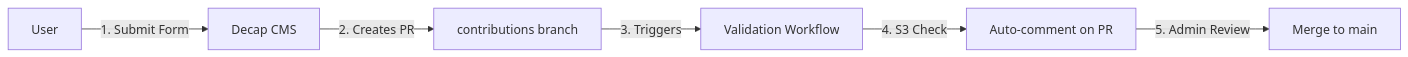
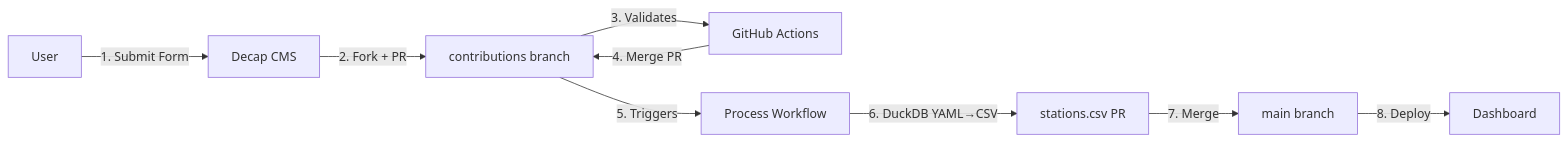
Before and after one commit to walkthru-earth/opensensor-space: the first of 3 diagrams in CONTRIBUTING.md, drawn with Mermaid. The commit also changed other lines of this file, not shown here.

First line of the commit message:
docs: update CONTRIBUTING.md with complete workflow diagrams

````diff
--- a/CONTRIBUTING.md
+++ b/CONTRIBUTING.md
@@ -12,8 +12,11 @@
 ```mermaid
 flowchart LR
     A[User] -->|1. Submit Form| B[Decap CMS]
-    B -->|2. Creates PR| C[contributions branch]
-    C -->|3. Triggers| D[Validation Workflow]
-    D -->|4. S3 Check| E[Auto-comment on PR]
-    E -->|5. Admin Review| F[Merge to main]
+    B -->|2. Fork + PR| C[contributions branch]
+    C -->|3. Validates| D[GitHub Actions]
+    D -->|4. Merge PR| C
+    C -->|5. Triggers| E[Process Workflow]
+    E -->|6. DuckDB YAML→CSV| F[stations.csv PR]
+    F -->|7. Merge| G[main branch]
+    G -->|8. Deploy| H[Dashboard]
 ```
````
